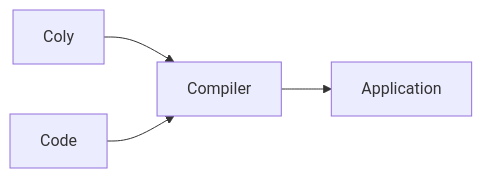
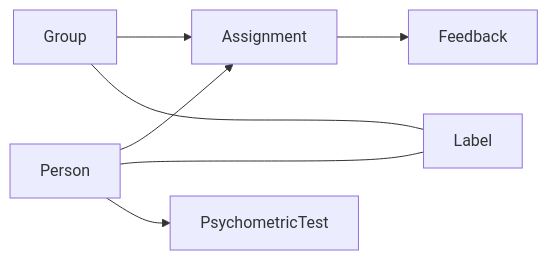
Before and after one commit to coly-technologies/coly-technologies.github.io: the first of 3 diagrams in coly-api.md, drawn with Mermaid. The commit also changed other lines of this file and 1 other file, not shown here.

````diff
--- a/coly-api.md
+++ b/coly-api.md
@@ -24,5 +34,6 @@
 ```mermaid
 graph LR;
-  Coly --> Compiler --> Application
-  Code --> Compiler
+  Group & Person --> Assignment --> Feedback
+  Group & Person <--- Label
+  Person --> PsychometricTest
 ```
````
